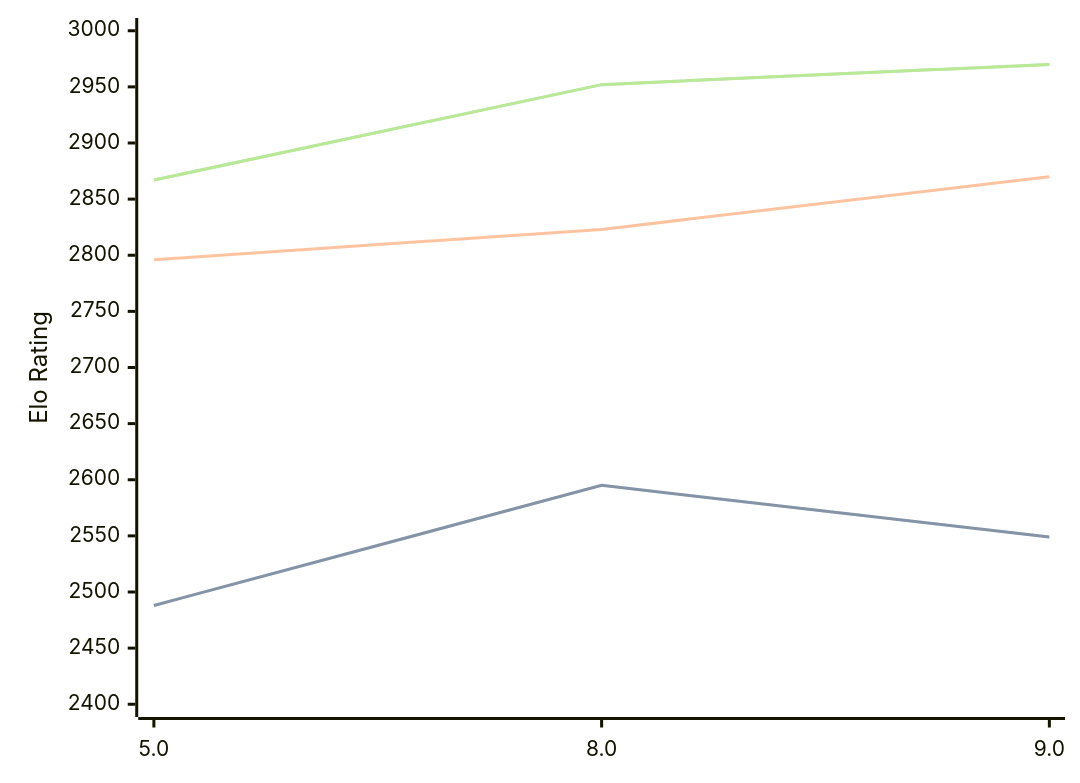
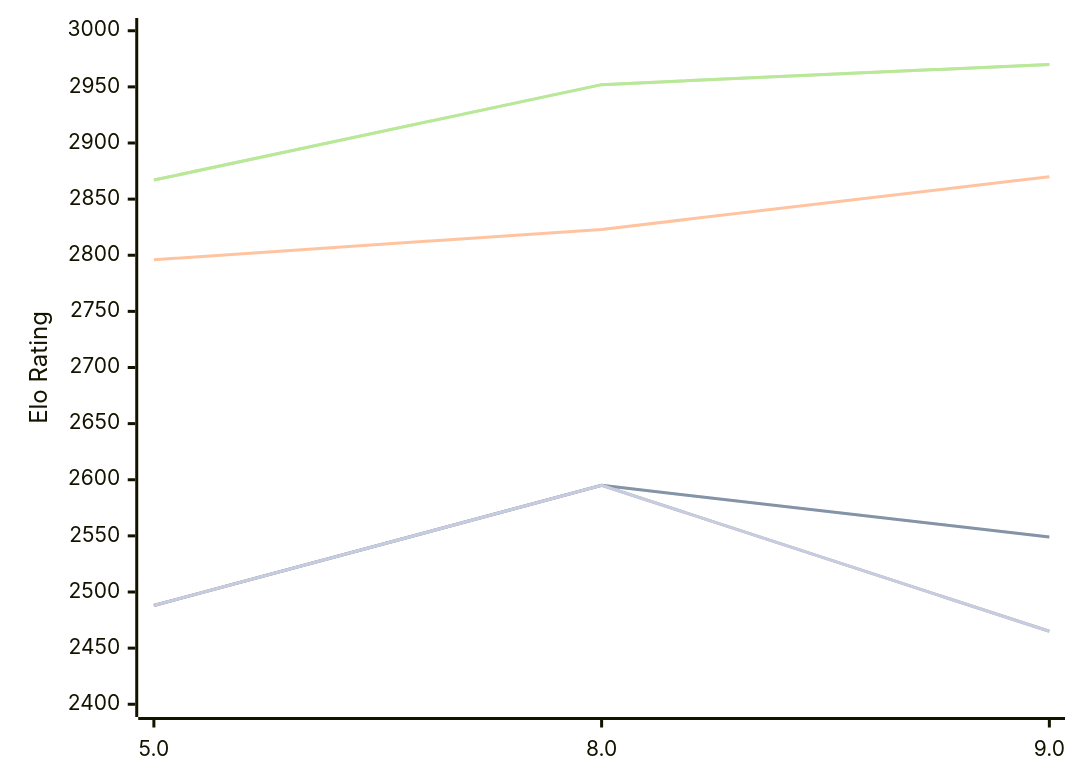
One commit to computer-chess-index/cci changed the diagram in engines/4kc.md. Above: the diagram before and after it, drawn with Mermaid. The commit also changed other lines of this file, not shown here.

Commit message:
Update CCI Ratings (ELO VLTC) - 2026-10-11

````diff
--- a/engines/4kc.md
+++ b/engines/4kc.md
@@ -49,16 +49,13 @@
 ```mermaid
 %%{init: {"theme":"base","themeVariables":{"seriesColors:['#a3a3a3','#222221','#faa371']}}}%%
 xychart-beta
   x-axis ["5.0", "8.0", "9.0"]
   y-axis "Elo Rating" 2400 --> 3000
   line "" [2488, 2595, 2549]
   line "T1: STC (8.0+0.08s)" [2488, 2595, 2549]
   line "T1: LTC (60.0+0.60s)" [2796, 2823, 2870]
   line "" [2867, 2952, 2970]
   line "T1: VLTC (2m24s+1.12s)" [2867, 2952, 2970]
-  line "" [2453]
-  line "E1: STC (8.0+0.08s)" [2453]
-  line "E1: LTC (60.0+0.60s)" [2803]
-  line "" [2893]
-  line "E1: VLTC (2m24s+1.12s)" [2893]
+  line "" [2488, 2595,2465]
+  line "E1: STC (8.0+0.08s)" [2488, 2595,2465]
 ```
````
